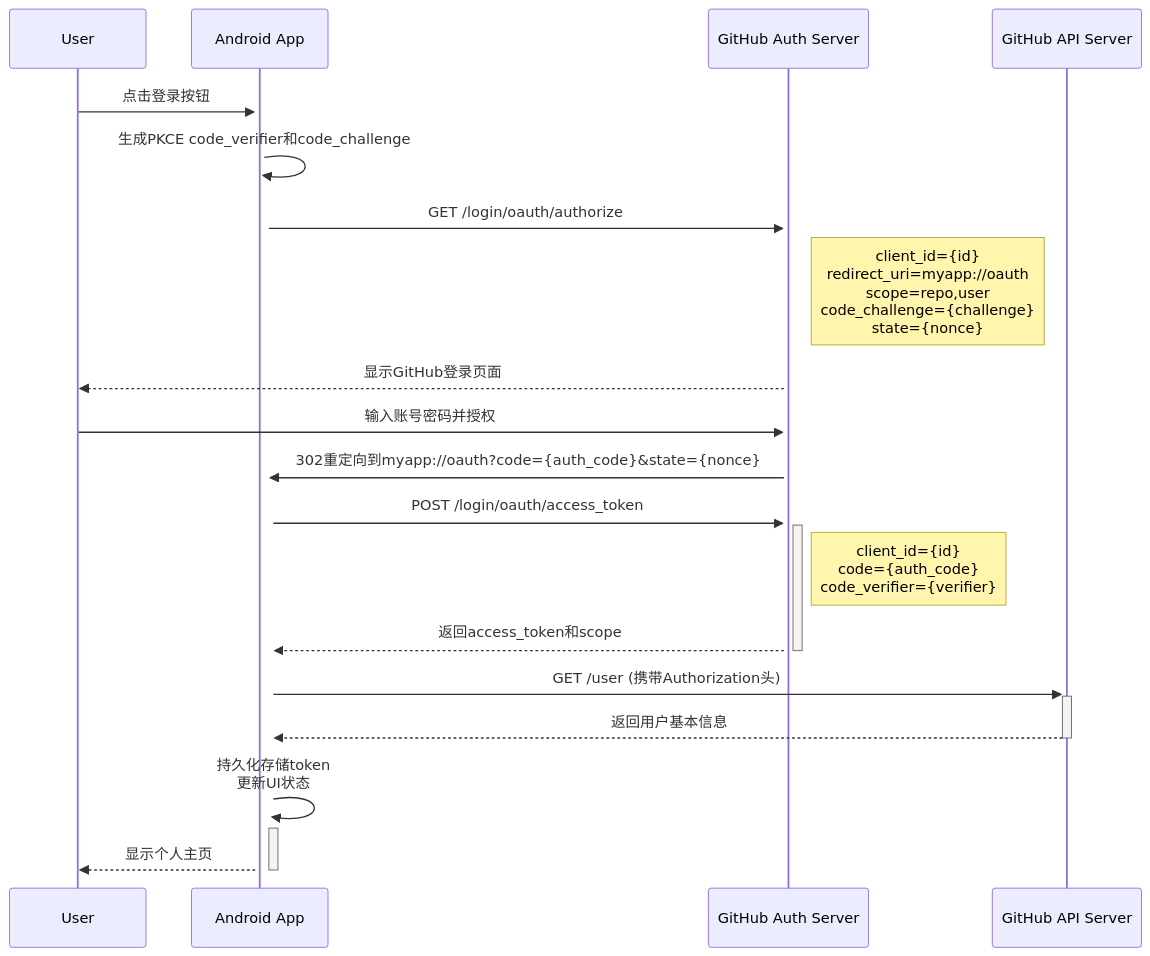
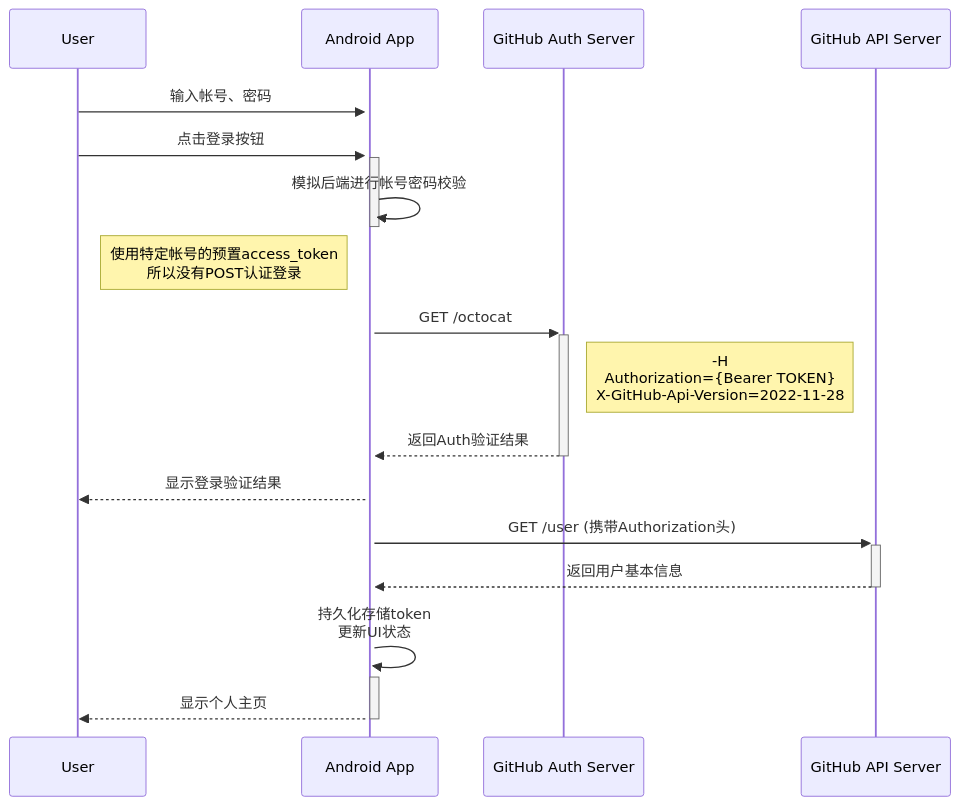
Before and after one commit to aCupOfBitterCoffee/GithubPOC: the second of 3 diagrams in umlSampleDesign.md, drawn with Mermaid. The commit also changed other lines of this file, not shown here.

Commit message:
Update umlSampleDesign.md
Updated my UML

````diff
--- a/umlSampleDesign.md
+++ b/umlSampleDesign.md
@@ -38,27 +46,24 @@
 ```mermaid
 sequenceDiagram
     participant User
     participant App as Android App
     participant Auth as GitHub Auth Server
     participant API as GitHub API Server
 
+    User->>+App: 输入帐号、密码
     User->>+App: 点击登录按钮
-    App->>+App: 生成PKCE code_verifier和code_challenge
-    App->>+Auth: GET /login/oauth/authorize
-    Note right of Auth: client_id={id}<br/>redirect_uri=myapp://oauth<br/>scope=repo,user<br/>code_challenge={challenge}<br/>state={nonce}
+    App->>-App: 模拟后端进行帐号密码校验
+    Note left of App: 使用特定帐号的预置access_token<br/>所以没有POST认证登录
+    App->>+Auth: GET /octocat
+    Note right of Auth: -H <br/>Authorization={Bearer TOKEN}<br/>X-GitHub-Api-Version=2022-11-28
 
-    Auth-->>User: 显示GitHub登录页面
-    User->>+Auth: 输入账号密码并授权
-    Auth->>+App: 302重定向到myapp://oauth?code={auth_code}&state={nonce}
+    Auth-->>-App: 返回Auth验证结果
+    App-->>User: 显示登录验证结果
     
-    App->>+Auth: POST /login/oauth/access_token
-    Note right of Auth: client_id={id}<br/>code={auth_code}<br/>code_verifier={verifier}
-
-    Auth-->>-App: 返回access_token和scope
     App->>+API: GET /user (携带Authorization头)
     API-->>-App: 返回用户基本信息
 
     App->>+App: 持久化存储token<br/>更新UI状态
     App-->>-User: 显示个人主页
 
 ```
````
